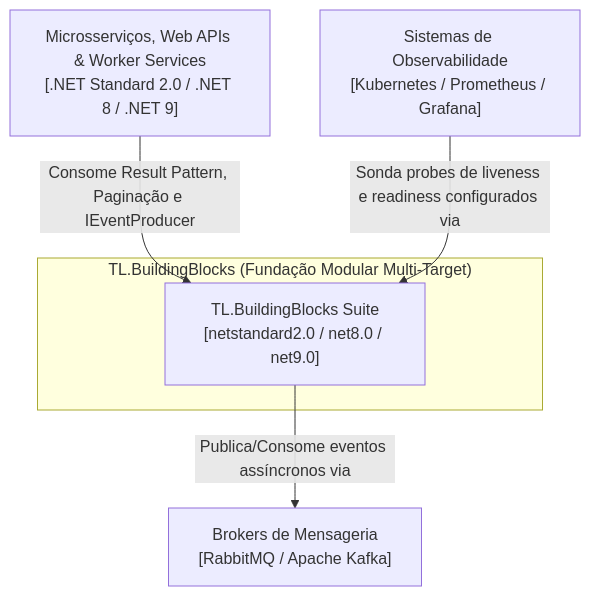
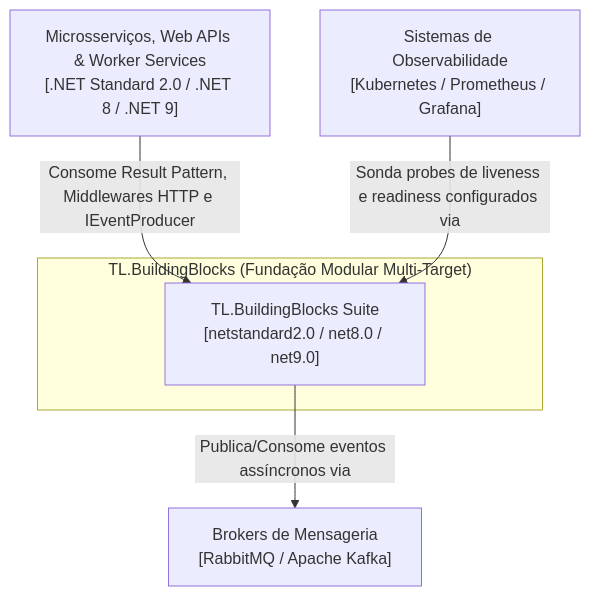
Before and after one commit to thaylonlopes/BuildingBlocks: the first of 2 diagrams in docs/arquitetura/visao-geral.md, drawn with Mermaid. The commit also changed other lines of this file and 38 other files, not shown here.

````diff
--- a/docs/arquitetura/visao-geral.md
+++ b/docs/arquitetura/visao-geral.md
@@ -20,14 +21,14 @@
 ```mermaid
 graph TD
     Client["Microsserviços, Web APIs & Worker Services<br/>[.NET Standard 2.0 / .NET 8 / .NET 9]"]
     Prometheus["Sistemas de Observabilidade<br/>[Kubernetes / Prometheus / Grafana]"]
     Brokers["Brokers de Mensageria<br/>[RabbitMQ / Apache Kafka]"]
 
     subgraph BuildingBlocksSystem ["TL.BuildingBlocks (Fundação Modular Multi-Target)"]
         BB["TL.BuildingBlocks Suite<br/>[netstandard2.0 / net8.0 / net9.0]"]
     end
 
-    Client -->|"Consome Result Pattern, Paginação e IEventProducer"| BB
+    Client -->|"Consome Result Pattern, Middlewares HTTP e IEventProducer"| BB
     BB -->|"Publica/Consome eventos assíncronos via"| Brokers
     Prometheus -->|"Sonda probes de liveness e readiness configurados via"| BB
 ```
````
